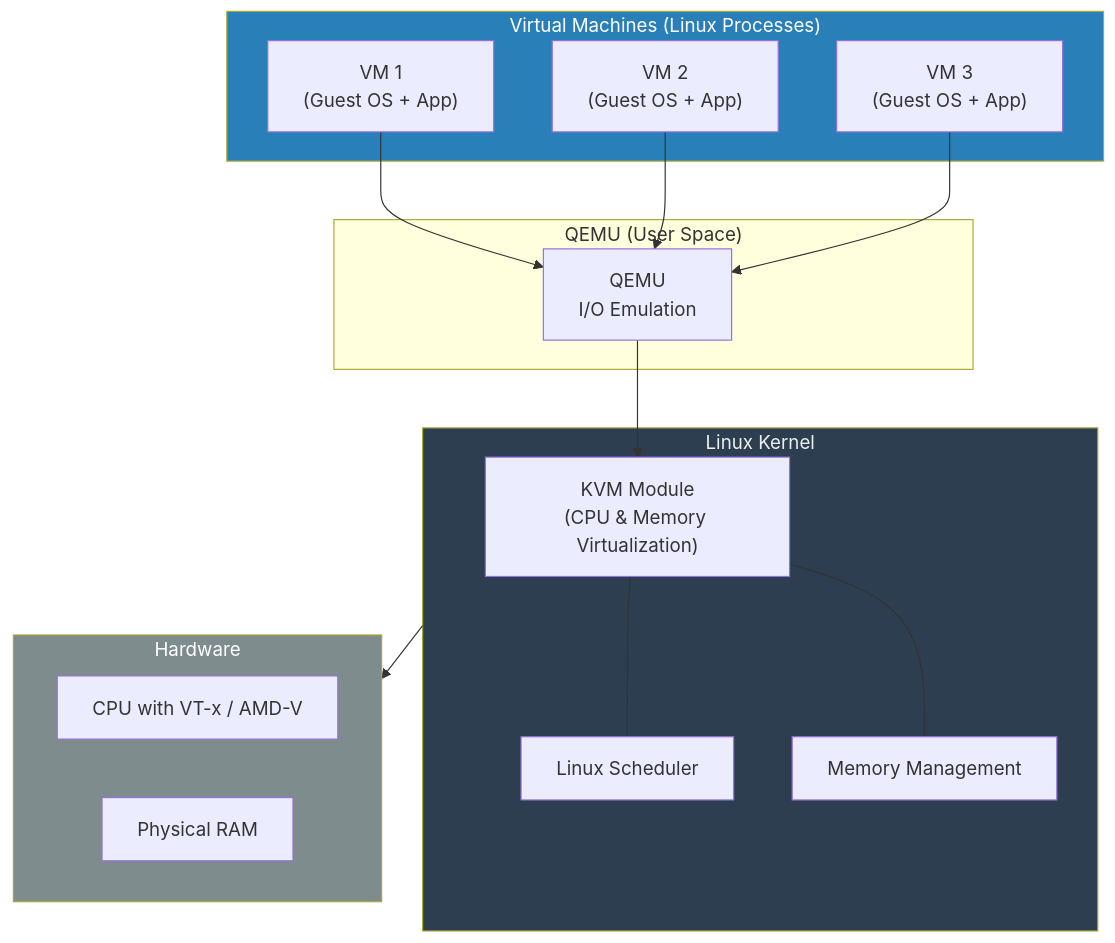
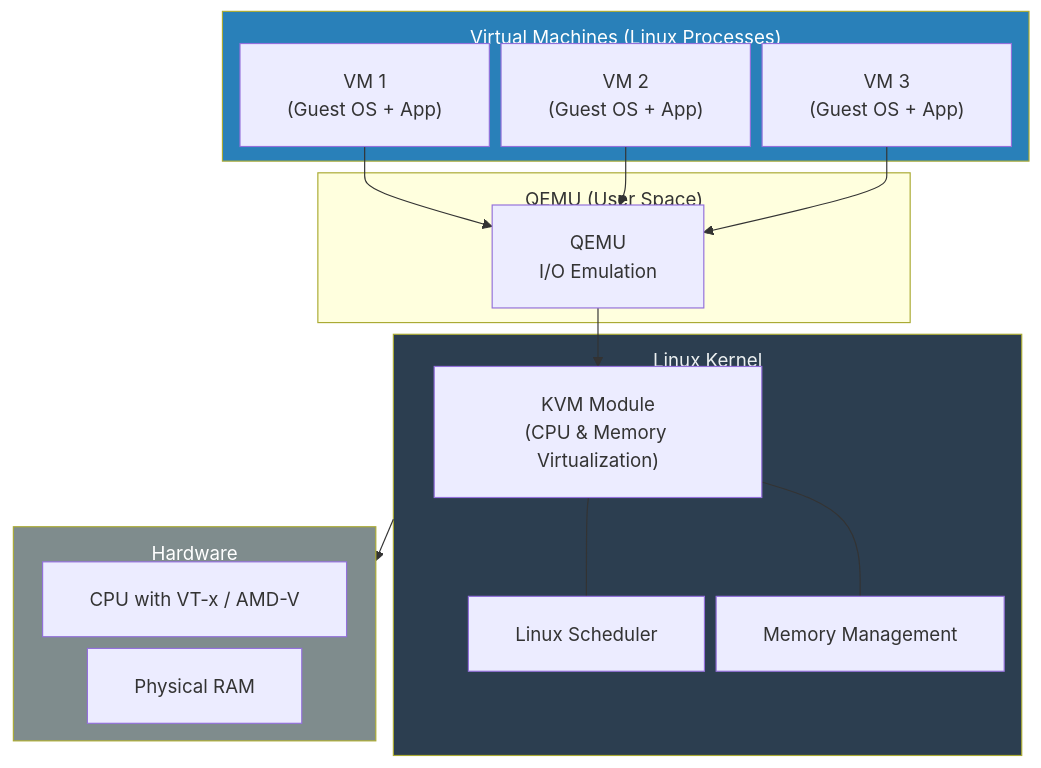
The third of 4 diagrams in Chapter_3_Expanded.md (Alnour/kube_book), drawn with Mermaid before and after one commit. The commit also changed other lines of this file and 7 other files, not shown here.

First line of the commit message:
Fix Mermaid diagram sizing, layout, and label rendering

````diff
--- a/Chapter_3_Expanded.md
+++ b/Chapter_3_Expanded.md
@@ -69,33 +71,34 @@
 ```mermaid
+%%{init: {'flowchart': {'nodeSpacing': 10, 'rankSpacing': 25, 'padding': 20, 'subGraphTitleMargin': {'top': 10, 'bottom': 5}}}}%%
 graph TB
     subgraph VMs["Virtual Machines (Linux Processes)"]
-        VM1["VM 1\n(Guest OS + App)"]
-        VM2["VM 2\n(Guest OS + App)"]
-        VM3["VM 3\n(Guest OS + App)"]
+        VM1["VM 1<br/>(Guest OS + App)"]
+        VM2["VM 2<br/>(Guest OS + App)"]
+        VM3["VM 3<br/>(Guest OS + App)"]
     end
 
     subgraph QEMU_Layer["QEMU (User Space)"]
-        Q1["QEMU\nI/O Emulation"]
+        Q1["QEMU<br/>I/O Emulation"]
     end
 
     subgraph Kernel["Linux Kernel"]
-        KVM["KVM Module\n(CPU & Memory Virtualization)"]
+        KVM["KVM Module<br/>(CPU & Memory Virtualization)"]
         Sched["Linux Scheduler"]
         Mem["Memory Management"]
     end
 
     subgraph HW["Hardware"]
         CPU["CPU with VT-x / AMD-V"]
         RAM["Physical RAM"]
     end
 
     VM1 & VM2 & VM3 --> Q1
     Q1 --> KVM
     KVM --- Sched
     KVM --- Mem
     Kernel --> HW
 
     style VMs fill:#2980b9,color:#fff
     style Kernel fill:#2c3e50,color:#ecf0f1
     style HW fill:#7f8c8d,color:#fff
 ```
````
